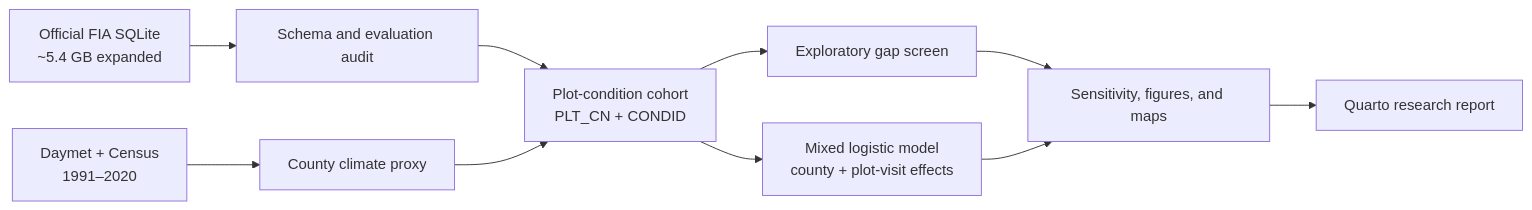
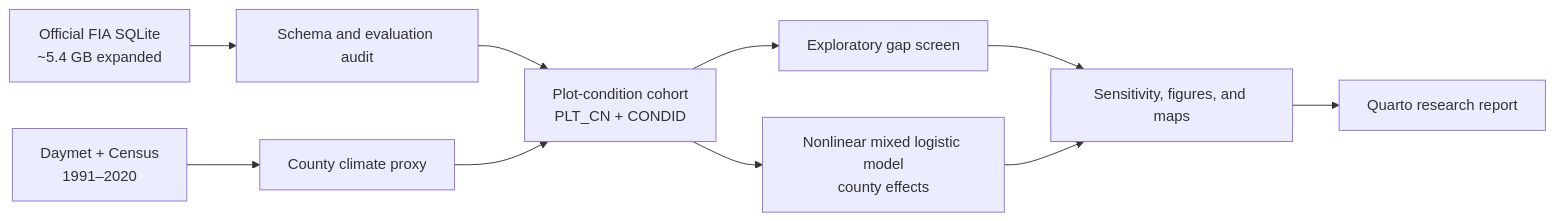
One commit to dineshpotla/canopy-to-cohort changed the diagram in README.md. Above: the diagram before and after it, drawn with Mermaid. The commit also changed other lines of this file and 45 other files, not shown here.

````diff
--- a/README.md
+++ b/README.md
@@ -43,12 +43,12 @@
 ```mermaid
 flowchart LR
     A["Official FIA SQLite<br/>~5.4 GB expanded"] --> B["Schema and evaluation audit"]
     C["Daymet + Census<br/>1991–2020"] --> D["County climate proxy"]
     B --> E["Plot-condition cohort<br/>PLT_CN + CONDID"]
     D --> E
     E --> F["Exploratory gap screen"]
-    E --> G["Mixed logistic model<br/>county + plot-visit effects"]
+    E --> G["Nonlinear mixed logistic model<br/>county effects"]
     F --> H["Sensitivity, figures, and maps"]
     G --> H
     H --> I["Quarto research report"]
 ```
````
